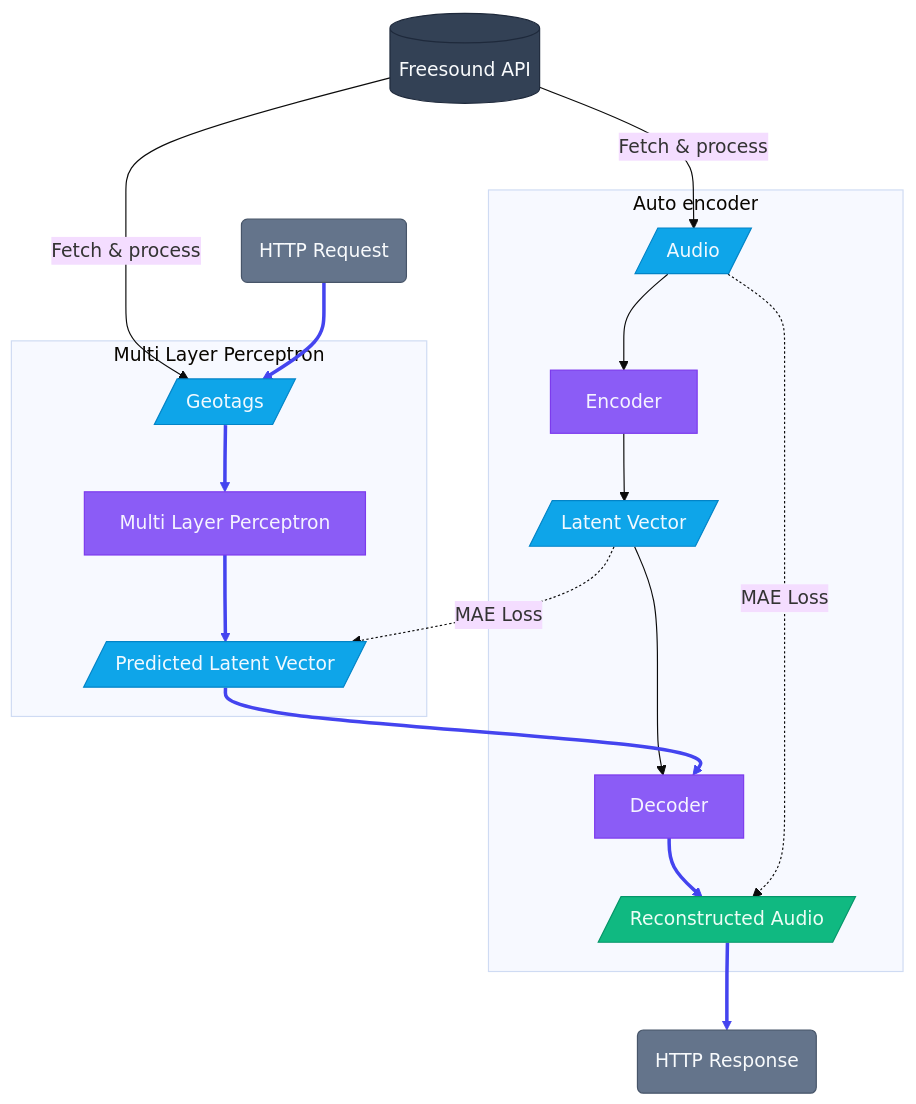
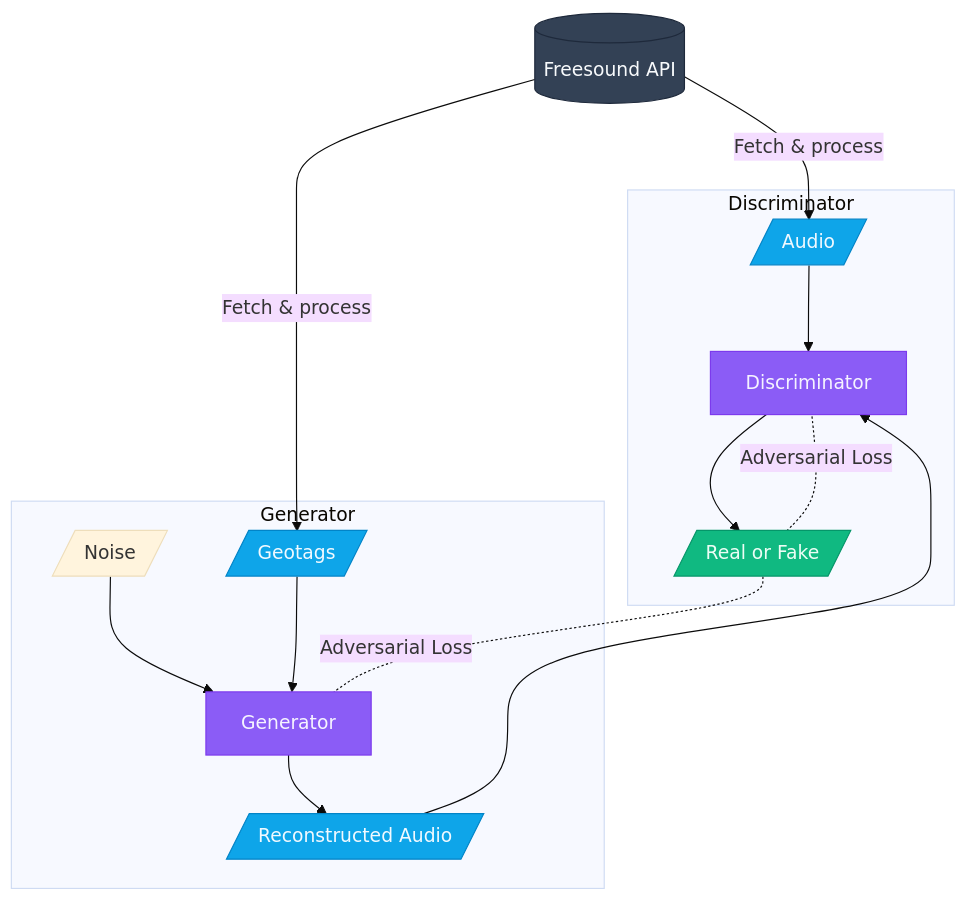
One commit to vivekvjyn/GeoSynth changed the diagram in README.md. Above: the diagram before and after it, drawn with Mermaid (base theme). The commit also changed other lines of this file and 6 other files, not shown here.

````diff
--- a/README.md
+++ b/README.md
@@ -14,42 +14,27 @@
 ```mermaid
 flowchart TD
     DB[(Freesound API)] -->|Fetch & process| A[/Audio/]
     DB -->|Fetch & process| G[/Geotags/]
 
-    subgraph "Auto encoder"
-      A --> EN[Encoder]
-      EN --> LV[/Latent Vector/]
-      LV --> DE[Decoder]
-      DE --> RA[/Reconstructed Audio/]
-      A -.->|MAE Loss| RA
+    subgraph "Generator"
+      N[/Noise/] --> GEN[Generator]
+      G --> GEN
+      GEN --> FA[/Reconstructed Audio/]
     end
 
-    subgraph "Multi Layer Perceptron"
-      G --> MLP[Multi Layer Perceptron]
-      MLP --> PLV[/Predicted Latent Vector/]
-      PLV --> DE
-      LV -.->|MAE Loss| PLV
+    subgraph "Discriminator"
+      FA --> DIS[Discriminator]
+      A --> DIS
+      DIS --> RF[/Real or Fake/]
+      RF -.- |Adversarial Loss| GEN
+      RF -.- |Adversarial Loss| DIS
     end
-    
-    HRQ(HTTP Request) --> G
-    RA --> HRS(HTTP Response)
 
-    linkStyle 9 stroke:#4444ef,stroke-width:3px
-    linkStyle 7 stroke:#4444ef,stroke-width:3px
-    linkStyle 8 stroke:#4444ef,stroke-width:3px
-    linkStyle 11 stroke:#4444ef,stroke-width:3px
-    linkStyle 5 stroke:#4444ef,stroke-width:3px
-    linkStyle 12 stroke:#4444ef,stroke-width:3px
-    
     style DB fill:#334155,stroke:#1e293b,color:#f8fafc
     style A fill:#0ea5e9,stroke:#0284c7,color:#f0f9ff
     style G fill:#0ea5e9,stroke:#0284c7,color:#f0f9ff
-    style EN fill:#8b5cf6,stroke:#7c3aed,color:#f5f3ff
-    style LV fill:#0ea5e9,stroke:#0284c7,color:#f0f9ff
-    style DE fill:#8b5cf6,stroke:#7c3aed,color:#f5f3ff
-    style RA fill:#10b981,stroke:#059669,color:#ecfdf5
-    style MLP fill:#8b5cf6,stroke:#7c3aed,color:#f5f3ff
-    style PLV fill:#0ea5e9,stroke:#0284c7,color:#f0f9ff
-    style HRQ fill:#64748b,stroke:#475569,color:#f8fafc
-    style HRS fill:#64748b,stroke:#475569,color:#f8fafc
+    style GEN fill:#8b5cf6,stroke:#7c3aed,color:#f5f3ff
+    style FA fill:#0ea5e9,stroke:#0284c7,color:#f0f9ff
+    style DIS fill:#8b5cf6,stroke:#7c3aed,color:#f5f3ff
+    style RF fill:#10b981,stroke:#059669,color:#ecfdf5
 ```
````
